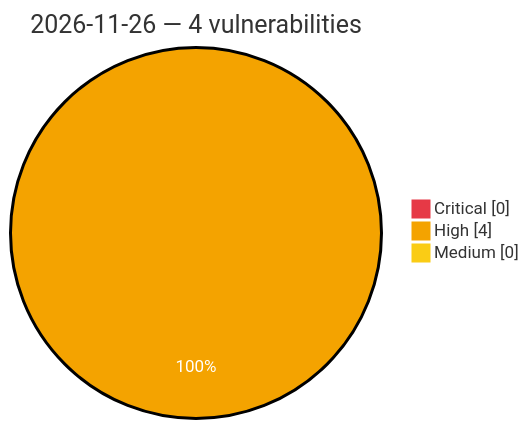
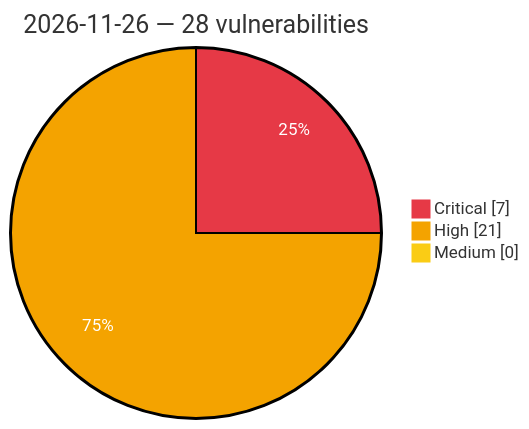
The diagram in vulnerabilities/2026/November/2026-11-26.md (GhostX0X/vuln-tracker), drawn with Mermaid before and after one commit. The commit also changed other lines of this file and 5 other files, not shown here.

Commit message:
Auto update: critical/high vulns (2026-11-26 12:30 UTC)

````diff
--- a/vulnerabilities/2026/November/2026-11-26.md
+++ b/vulnerabilities/2026/November/2026-11-26.md
@@ -3,8 +3,8 @@
 ```mermaid
 %%{init: {'theme':'base', 'themeVariables': {'pie1':'#e63946', 'pie2':'#f4a300', 'pie3':'#facc15', 'pieOpacity':'1', 'pieOuterStrokeWidth':'2px', 'pieSectionTextColor':'#ffffff'}}}%%
 pie showData
-    title 2026-11-26 — 4 vulnerabilities
-    "Critical" : 0
-    "High" : 4
+    title 2026-11-26 — 28 vulnerabilities
+    "Critical" : 7
+    "High" : 21
     "Medium" : 0
 ```
````
